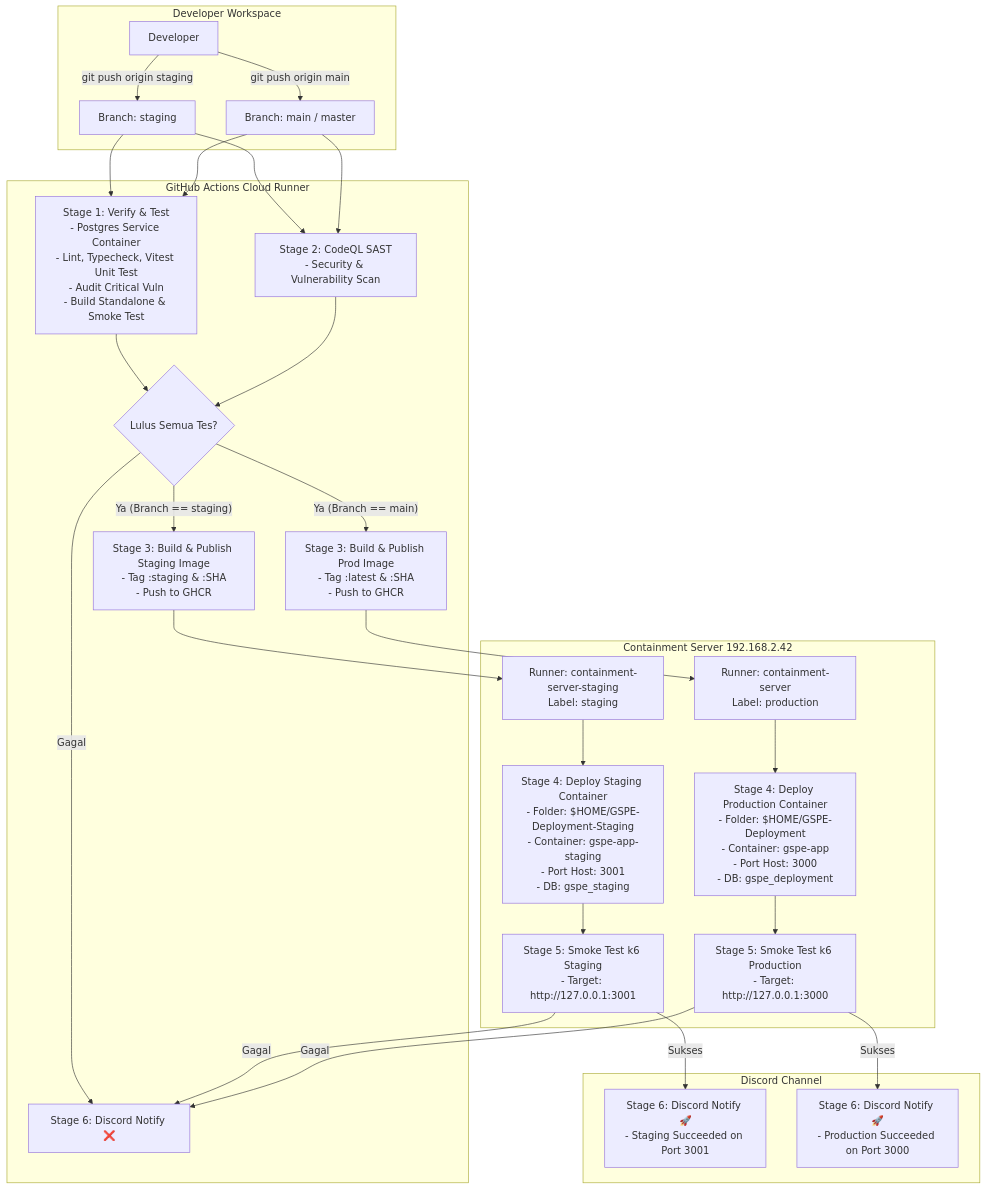
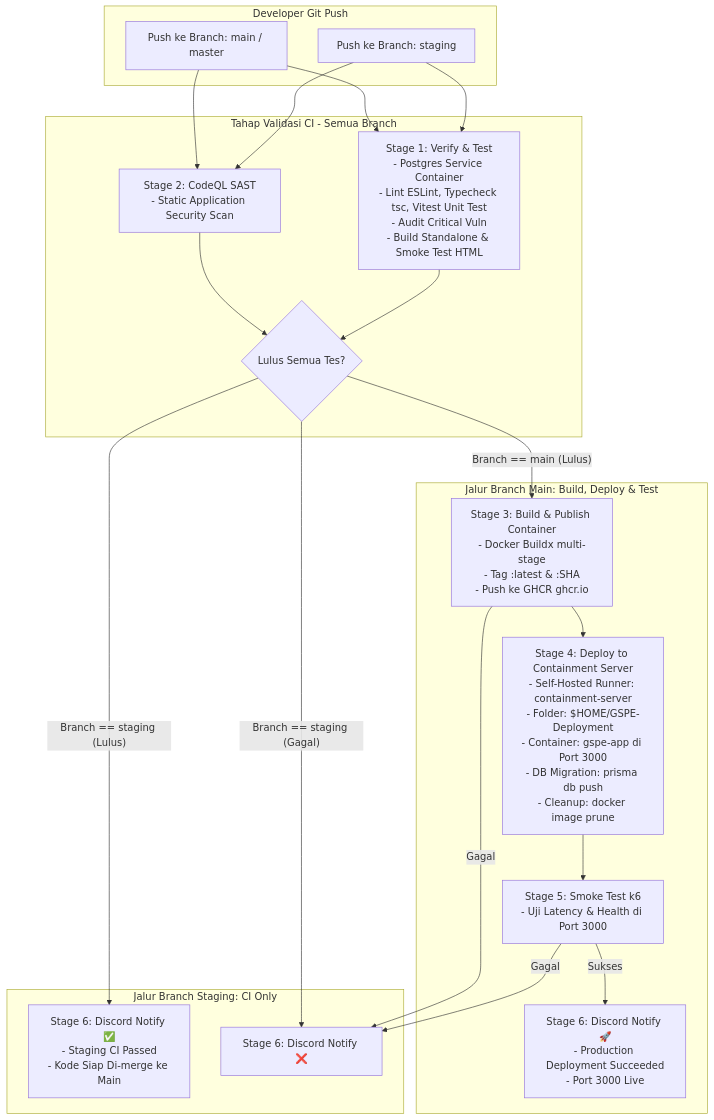
One commit to AlfiMaulanaA/GSPE-Deployment changed the diagram in DOKUMENTASI_CICD_DAN_DOCKER.md. Above: the diagram before and after it, drawn with Mermaid. The commit also changed other lines of this file and 2 other files, not shown here.

Commit message:
feat(ci): configure staging for CI validation only and reserve deployment to main on port 3000

````diff
--- a/DOKUMENTASI_CICD_DAN_DOCKER.md
+++ b/DOKUMENTASI_CICD_DAN_DOCKER.md
@@ -9,39 +9,35 @@
 ```mermaid
 flowchart TD
-    subgraph Local [Developer Workspace]
-        Dev[Developer] -->|git push origin staging| Branch_Staging[Branch: staging]
-        Dev -->|git push origin main| Branch_Main[Branch: main / master]
+    subgraph Developer_Action [Developer Git Push]
+        Dev_Staging[Push ke Branch: staging]
+        Dev_Prod[Push ke Branch: main / master]
     end
 
-    subgraph GitHub_Actions [GitHub Actions Cloud Runner]
-        Branch_Staging --> CI_Verify[Stage 1: Verify & Test\n- Postgres Service Container\n- Lint, Typecheck, Vitest Unit Test\n- Audit Critical Vuln\n- Build Standalone & Smoke Test]
-        Branch_Main --> CI_Verify
+    subgraph CI_Stage [Tahap Validasi CI - Semua Branch]
+        Dev_Staging --> Verify[Stage 1: Verify & Test\n- Postgres Service Container\n- Lint ESLint, Typecheck tsc, Vitest Unit Test\n- Audit Critical Vuln\n- Build Standalone & Smoke Test HTML]
+        Dev_Prod --> Verify
 
-        Branch_Staging --> CI_Security[Stage 2: CodeQL SAST\n- Security & Vulnerability Scan]
-        Branch_Main --> CI_Security
+        Dev_Staging --> CodeQL[Stage 2: CodeQL SAST\n- Static Application Security Scan]
+        Dev_Prod --> CodeQL
 
-        CI_Verify --> Gate{Lulus Semua Tes?}
-        CI_Security --> Gate
-
-        Gate -- Ya (Branch == staging) --> Build_Staging[Stage 3: Build & Publish Staging Image\n- Tag :staging & :SHA\n- Push to GHCR]
-        Gate -- Ya (Branch == main) --> Build_Prod[Stage 3: Build & Publish Prod Image\n- Tag :latest & :SHA\n- Push to GHCR]
-        Gate -- Gagal --> Notify_Fail[Stage 6: Discord Notify ❌]
+        Verify --> Gate{Lulus Semua Tes?}
+        CodeQL --> Gate
     end
 
-    subgraph Server [Containment Server 192.168.2.42]
-        Build_Staging --> Runner_Staging[Runner: containment-server-staging\nLabel: staging]
-        Runner_Staging --> Deploy_Staging[Stage 4: Deploy Staging Container\n- Folder: $HOME/GSPE-Deployment-Staging\n- Container: gspe-app-staging\n- Port Host: 3001\n- DB: gspe_staging]
-        Deploy_Staging --> Smoke_Staging[Stage 5: Smoke Test k6 Staging\n- Target: http://127.0.0.1:3001]
-
-        Build_Prod --> Runner_Prod[Runner: containment-server\nLabel: production]
-        Runner_Prod --> Deploy_Prod[Stage 4: Deploy Production Container\n- Folder: $HOME/GSPE-Deployment\n- Container: gspe-app\n- Port Host: 3000\n- DB: gspe_deployment]
-        Deploy_Prod --> Smoke_Prod[Stage 5: Smoke Test k6 Production\n- Target: http://127.0.0.1:3000]
+    subgraph Staging_Path [Jalur Branch Staging: CI Only]
+        Gate -- Branch == staging (Lulus) --> Notify_Staging_Pass[Stage 6: Discord Notify ✅\n- Staging CI Passed\n- Kode Siap Di-merge ke Main]
+        Gate -- Branch == staging (Gagal) --> Notify_Fail[Stage 6: Discord Notify ❌]
     end
 
-    subgraph Notification [Discord Channel]
-        Smoke_Staging -- Sukses --> Notify_Staging[Stage 6: Discord Notify 🚀\n- Staging Succeeded on Port 3001]
-        Smoke_Prod -- Sukses --> Notify_Prod[Stage 6: Discord Notify 🚀\n- Production Succeeded on Port 3000]
-        Smoke_Staging -- Gagal --> Notify_Fail
+    subgraph Production_Path [Jalur Branch Main: Build, Deploy & Test]
+        Gate -- Branch == main (Lulus) --> Build_Push[Stage 3: Build & Publish Container\n- Docker Buildx multi-stage\n- Tag :latest & :SHA\n- Push ke GHCR ghcr.io]
+
+        Build_Push --> Runner_Prod[Stage 4: Deploy to Containment Server\n- Self-Hosted Runner: containment-server\n- Folder: $HOME/GSPE-Deployment\n- Container: gspe-app di Port 3000\n- DB Migration: prisma db push\n- Cleanup: docker image prune]
+
+        Runner_Prod --> Smoke_Prod[Stage 5: Smoke Test k6\n- Uji Latency & Health di Port 3000]
+
+        Smoke_Prod -- Sukses --> Notify_Prod_Pass[Stage 6: Discord Notify 🚀\n- Production Deployment Succeeded\n- Port 3000 Live]
         Smoke_Prod -- Gagal --> Notify_Fail
+        Build_Push -- Gagal --> Notify_Fail
     end
 ```
````
